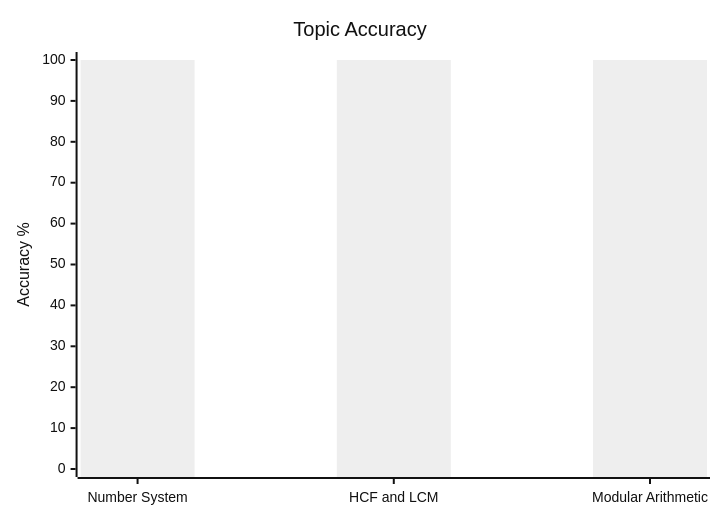
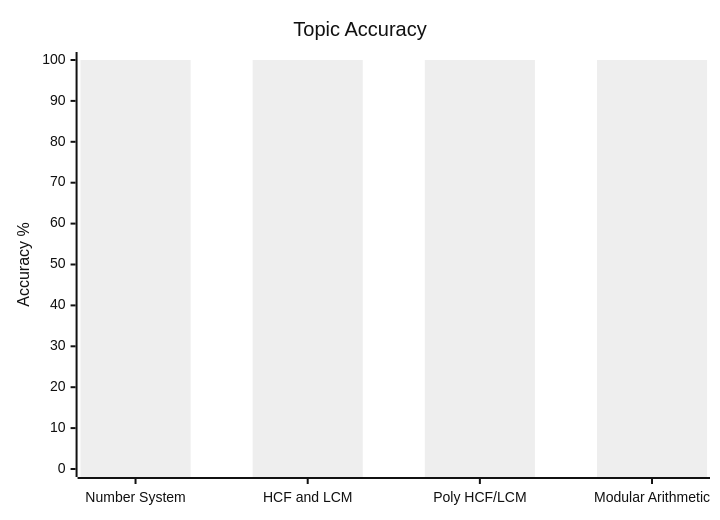
One commit to skc-coder/SAGE changed the first of 3 diagrams in content/cds/math/math_overview.md. Above: the diagram before and after it, drawn with Mermaid (neutral theme). The commit also changed other lines of this file and 17 other files, not shown here.

First line of the commit message:
feat(ch15): add topic & subtopic notes, categorized practice questions, and novel variations for HCF and LCM of Polynomials

````diff
--- a/content/cds/math/math_overview.md
+++ b/content/cds/math/math_overview.md
@@ -23,7 +24,7 @@
 ```mermaid
 xychart-beta
     title "Topic Accuracy"
-    x-axis ["Number System", "HCF and LCM", "Modular Arithmetic"]
+    x-axis ["Number System", "HCF and LCM", "Poly HCF/LCM", "Modular Arithmetic"]
     y-axis "Accuracy %" 0 --> 100
-    bar [100, 100, 100]
+    bar [100, 100, 100, 100]
 ```
````
